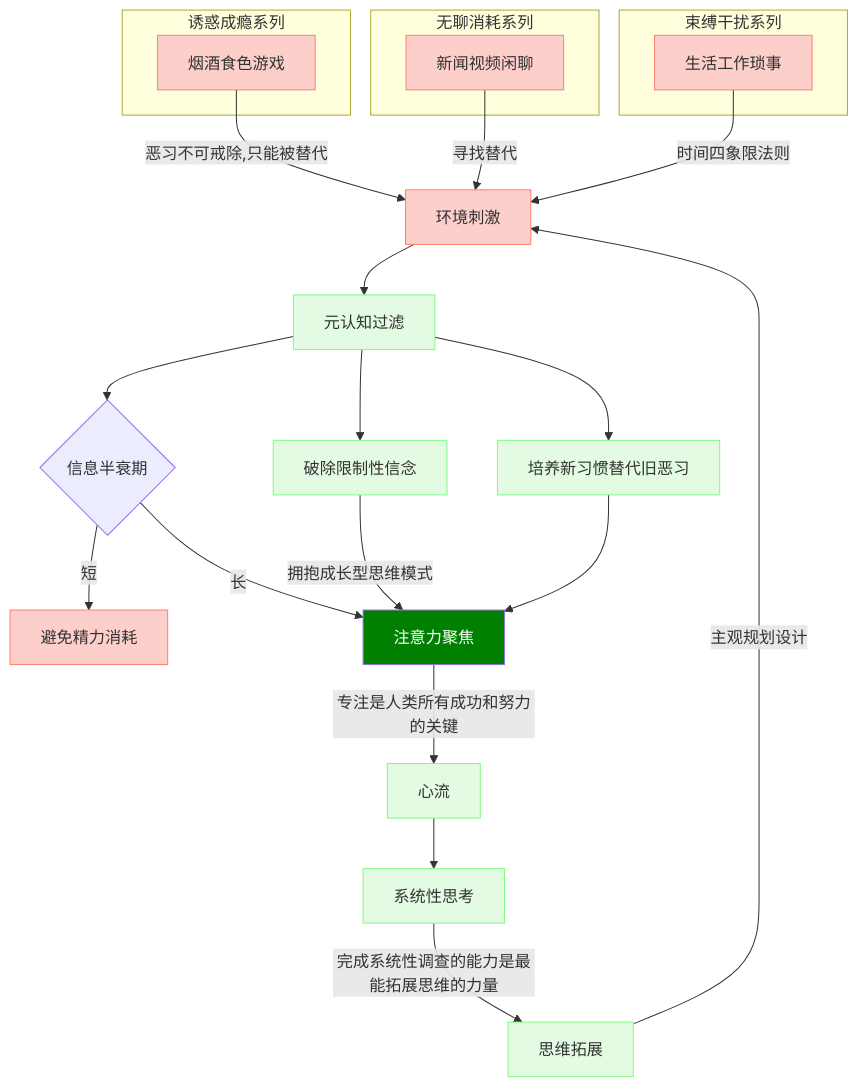
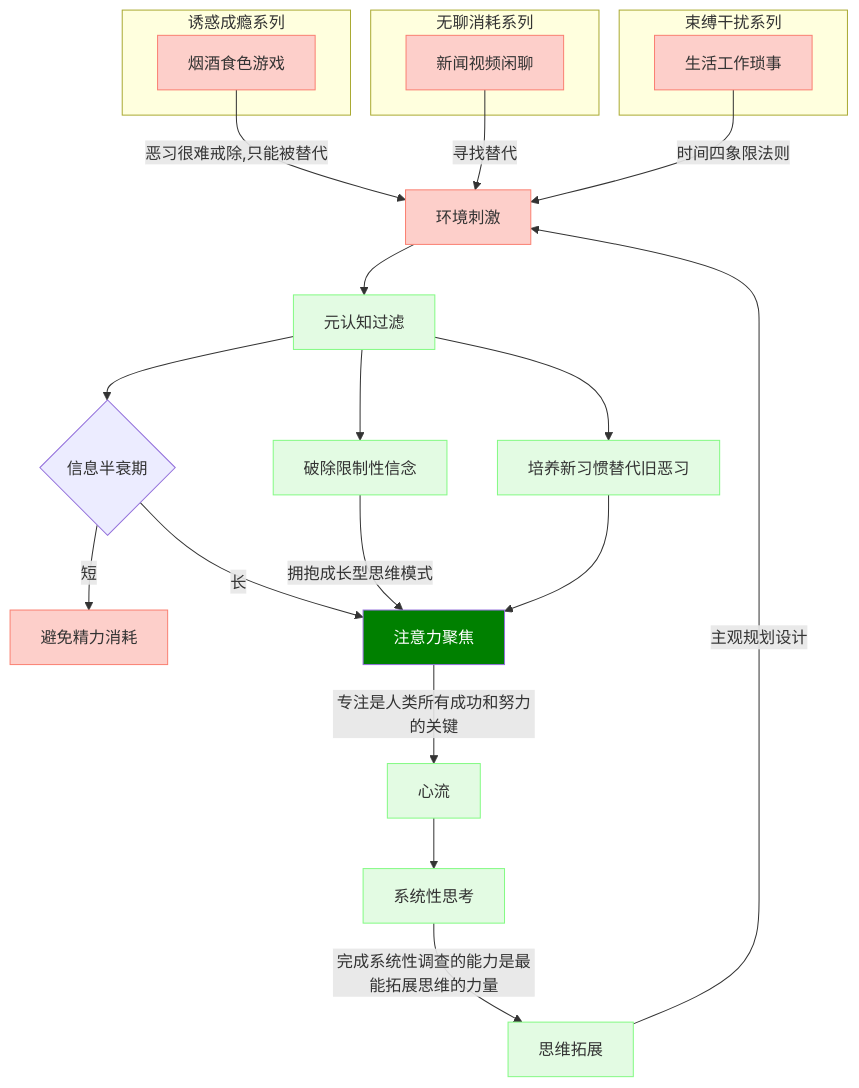
Before and after one commit to m3shine/m3shine.github.io: the diagram in README.md, drawn with Mermaid. The commit also changed other lines of this file and 14 other files, not shown here.

````diff
--- a/README.md
+++ b/README.md
@@ -37,44 +37,44 @@
 ```mermaid
 
   graph TB
 
     subgraph 诱惑成瘾系列 
        o1[烟酒食色游戏] 
     end
     subgraph 无聊消耗系列 
        o2[新闻视频闲聊] 
     end
     subgraph 束缚干扰系列 
        o3[生活工作琐事] 
     end
    
       
-    o1 -->|恶习不可戒除,只能被替代|A
+    o1 -->|恶习很难戒除,只能被替代|A
     o2 -->|寻找替代|A
     o3 -->|时间四象限法则|A
     
     A[环境刺激]-->B[元认知过滤] 
     B-->C{信息半衰期}
     C-->|短| C1[避免精力消耗]
     C-->|长|D[注意力聚焦]
     D-->|专注是人类所有成功和努力的关键|E[心流]
     E-->F[系统性思考]
     F-->|完成系统性调查的能力是最能拓展思维的力量|G[思维拓展]
 
     B-->H[破除限制性信念]
     H-->|拥抱成长型思维模式|D
     B-->I[培养新习惯替代旧恶习]
     I-->D
     
     G-->|主观规划设计|A
 
   
   classDef nagtive fill:#fdcfca,stroke:#fa8072
   classDef positive fill:#e3fbe3,stroke:#84fa84
   classDef core fill:green,color:#ffffff
   class A,C1,o1,o2,o3 nagtive
   class B,E,F,G,H,I positive
   class C gradient
   class D core
 
 ```
````
